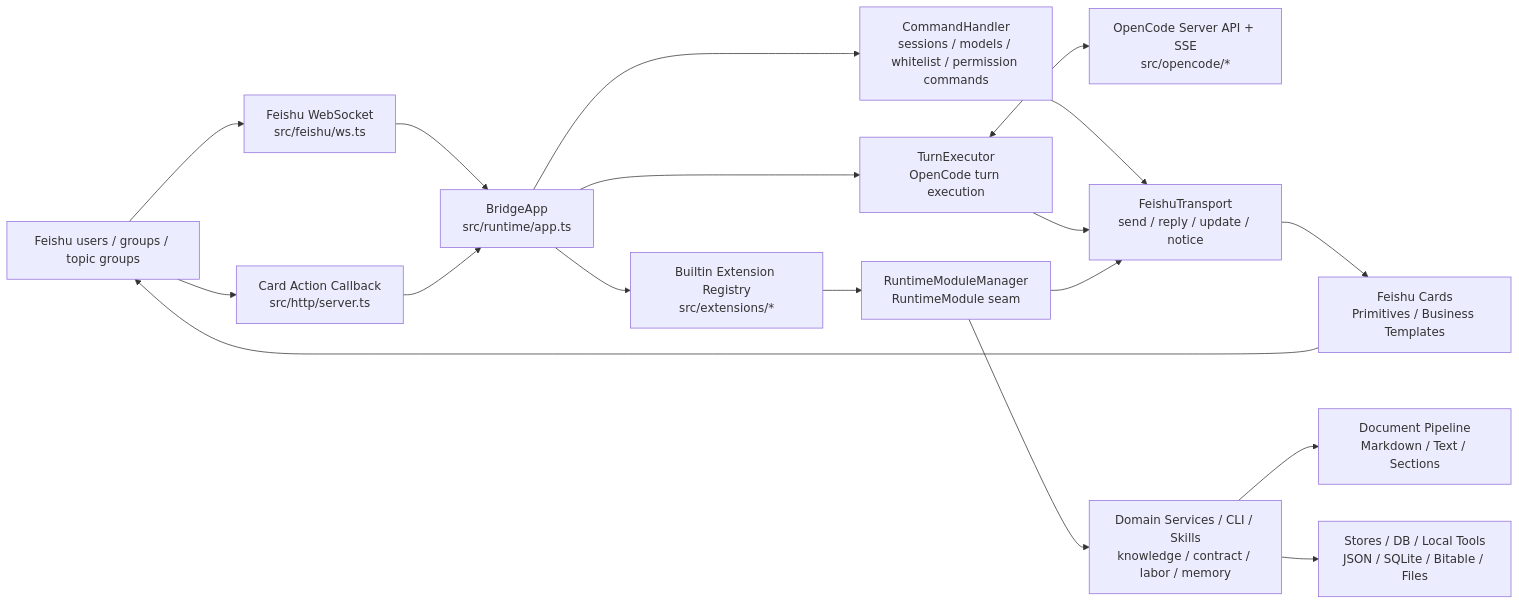
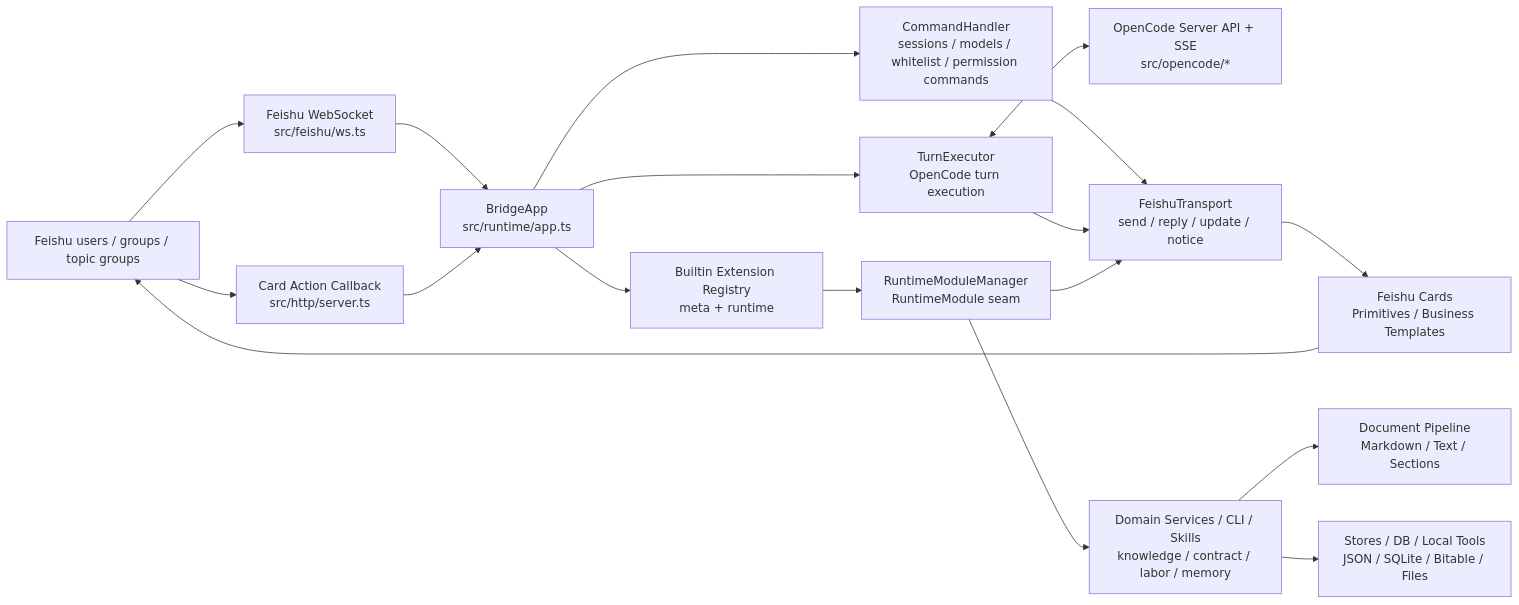
The first of 2 diagrams in README.en.md (Clukay-Fun/feishu-opencode-bridge), drawn with Mermaid before and after one commit. The commit also changed other lines of this file and 29 other files, not shown here.

````diff
--- a/README.en.md
+++ b/README.en.md
@@ -61,24 +61,24 @@
 ```mermaid
 flowchart LR
     user["Feishu users / groups / topic groups"] --> ws["Feishu WebSocket<br/>src/feishu/ws.ts"]
     user --> callback["Card Action Callback<br/>src/http/server.ts"]
 
     ws --> app["BridgeApp<br/>src/runtime/app.ts"]
     callback --> app
 
     app --> command["CommandHandler<br/>sessions / models / whitelist / permission commands"]
     app --> executor["TurnExecutor<br/>OpenCode turn execution"]
-    app --> extensions["Builtin Extension Registry<br/>src/extensions/*"]
+    app --> extensions["Builtin Extension Registry<br/>meta + runtime"]
     extensions --> modules["RuntimeModuleManager<br/>RuntimeModule seam"]
 
     executor <--> opencode["OpenCode Server API + SSE<br/>src/opencode/*"]
     modules --> services["Domain Services / CLI / Skills<br/>knowledge / contract / labor / memory"]
     services --> pipeline["Document Pipeline<br/>Markdown / Text / Sections"]
     services --> stores["Stores / DB / Local Tools<br/>JSON / SQLite / Bitable / Files"]
 
     command --> transport["FeishuTransport<br/>send / reply / update / notice"]
     executor --> transport
     modules --> transport
     transport --> cards["Feishu Cards<br/>Primitives / Business Templates"]
     cards --> user
 ```
````
